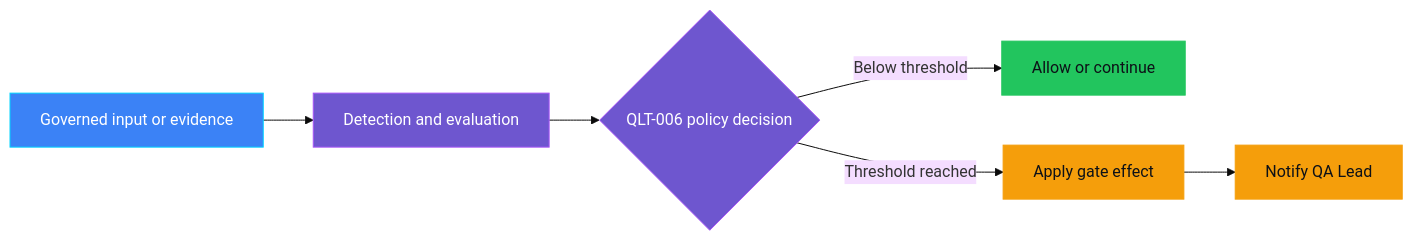
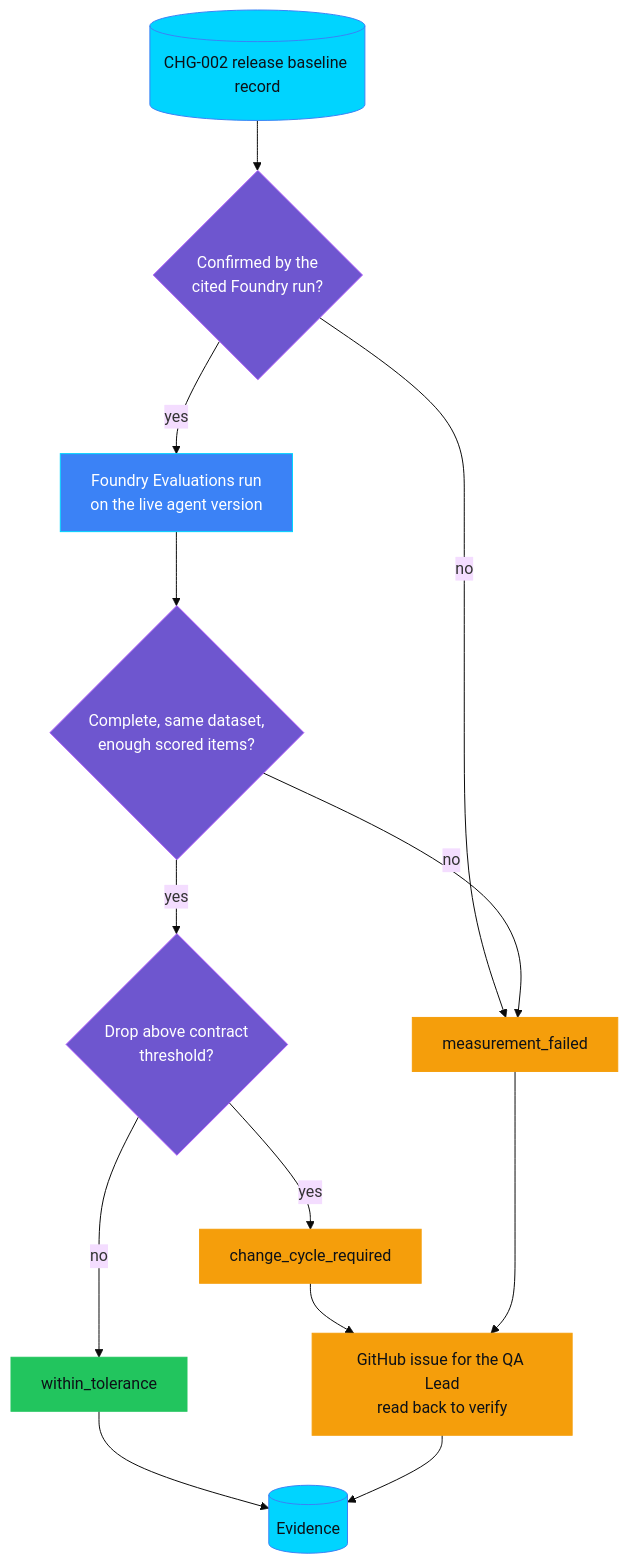
Before and after one commit to doruit/forged-with-foundry: the first of 2 diagrams in controls/change_release_and_evaluation/QLT-006_production_evaluation_regression/README.md, drawn with Mermaid (base theme). The commit also changed other lines of this file and 8 other files, not shown here.

Commit message:
docs(CHG-002, QLT-006): READMEs, CI gate workflow and deployment profile

````diff
--- a/controls/change_release_and_evaluation/QLT-006_production_evaluation_regression/README.md
+++ b/controls/change_release_and_evaluation/QLT-006_production_evaluation_regression/README.md
@@ -56,17 +119,26 @@
 ```mermaid
-flowchart LR
-    I[Governed input or evidence] --> D[Detection and evaluation]
-    D --> P{QLT-006 policy decision}
-    P -->|Below threshold| A[Allow or continue]
-    P -->|Threshold reached| E[Apply gate effect]
-    E --> O[Notify QA Lead]
+flowchart TB
+    B[(CHG-002 release baseline record)] --> V{Confirmed by the<br/>cited Foundry run?}
+    V -->|no| M[measurement_failed]
+    V -->|yes| R[Foundry Evaluations run<br/>on the live agent version]
+    R --> C{Complete, same dataset,<br/>enough scored items?}
+    C -->|no| M
+    C -->|yes| D{Drop above contract<br/>threshold?}
+    D -->|no| OK[within_tolerance]
+    D -->|yes| X[change_cycle_required]
+    X --> I[GitHub issue for the QA Lead<br/>read back to verify]
+    M --> I
+    OK --> E[(Evidence)]
+    I --> E
 
     classDef governance fill:#6E56CF,stroke:#A855F7,color:#FFFFFF
     classDef platform fill:#3B82F6,stroke:#00D4FF,color:#FFFFFF
     classDef success fill:#22C55E,stroke:#22C55E,color:#0D1117
     classDef attention fill:#F59E0B,stroke:#F59E0B,color:#0D1117
-    class D,P governance
-    class I platform
-    class A success
-    class E,O attention
+    classDef evidence fill:#00D4FF,stroke:#3B82F6,color:#0D1117
+    class V,C,D governance
+    class R platform
+    class OK success
+    class X,M,I attention
+    class B,E evidence
 ```
````
